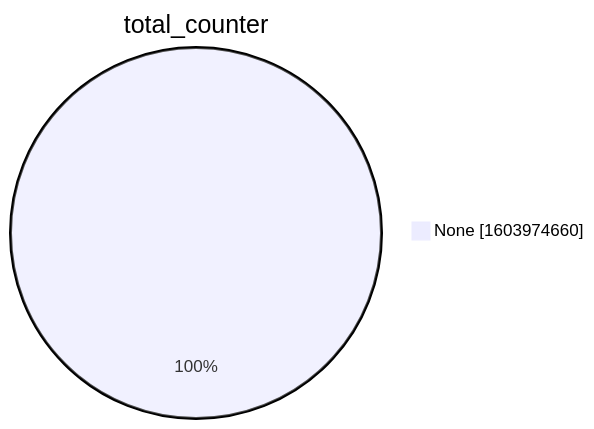
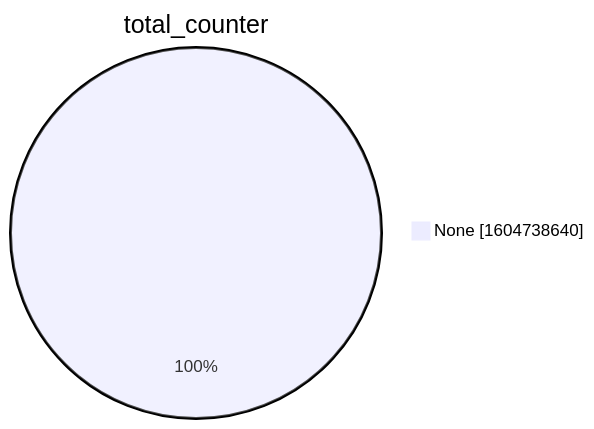
One commit to christiankrug/ctmonitor_visualization changed the second of 15 diagrams in xenon2022/README.md. Above: the diagram before and after it, drawn with Mermaid. The commit also changed other lines of this file, not shown here.

````diff
--- a/xenon2022/README.md
+++ b/xenon2022/README.md
@@ -9,5 +9,5 @@
 ```mermaid
 pie showData
 title total_counter
-"None" :1603974660
+"None" :1604738640
 ```
````
